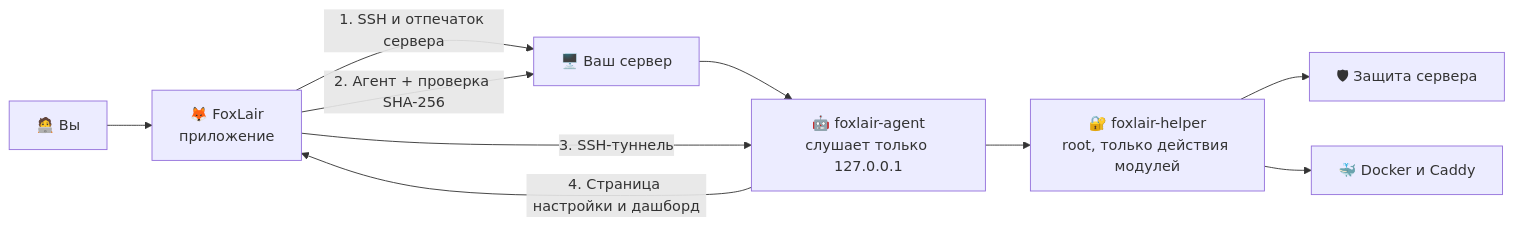
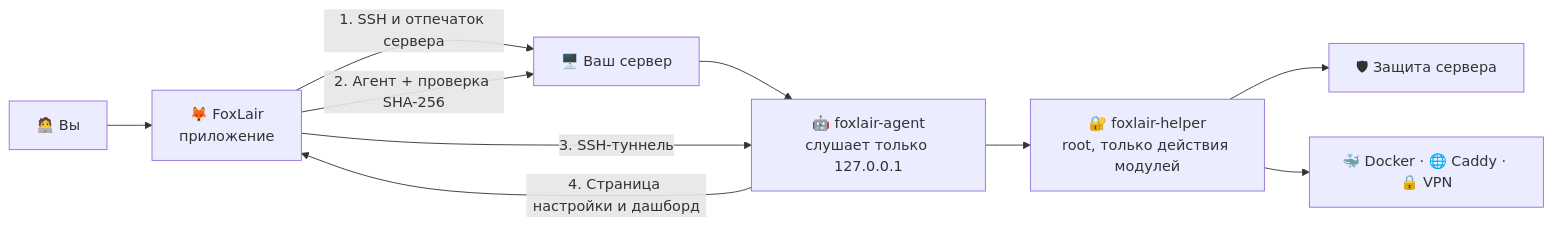
Before and after one commit to DiFoxenGit/foxlair: the diagram in README.md, drawn with Mermaid. The commit also changed other lines of this file and 8 other files, not shown here.

````diff
--- a/README.md
+++ b/README.md
@@ -80,12 +84,12 @@
 ```mermaid
 flowchart LR
     U["🧑‍💻 Вы"] --> A["🦊 FoxLair<br/>приложение"]
     A -- "1. SSH и отпечаток сервера" --> S["🖥️ Ваш сервер"]
     A -- "2. Агент + проверка SHA-256" --> S
     S --> G["🤖 foxlair-agent<br/>слушает только 127.0.0.1"]
     A -- "3. SSH-туннель" --> G
     G -- "4. Страница настройки и дашборд" --> A
     G --> H["🔐 foxlair-helper<br/>root, только действия модулей"]
     H --> M1["🛡 Защита сервера"]
-    H --> M2["🐳 Docker и Caddy"]
+    H --> M2["🐳 Docker · 🌐 Caddy · 🔒 VPN"]
 ```
````
